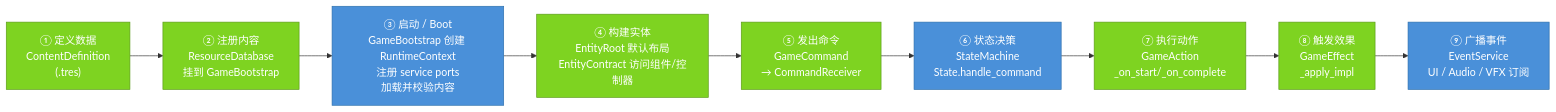
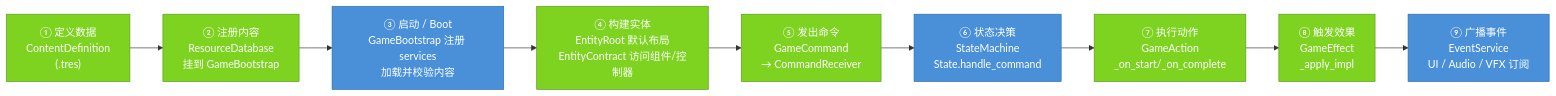
One commit to xiaofeiqiu/mkit changed the diagram in docs/cookbook/index.md. Above: the diagram before and after it, drawn with Mermaid. The commit also changed other lines of this file and 57 other files, not shown here.

````diff
--- a/docs/cookbook/index.md
+++ b/docs/cookbook/index.md
@@ -11,15 +17,15 @@
 ```mermaid
 flowchart LR
     A["① 定义数据\nContentDefinition\n(.tres)"]:::userOwned -->
     B["② 注册内容\nResourceDatabase\n挂到 GameBootstrap"]:::userOwned -->
-    C["③ 启动 / Boot\nGameBootstrap 创建 RuntimeContext\n注册 service ports\n加载并校验内容"]:::mkitCore -->
+    C["③ 启动 / Boot\nGameBootstrap 注册 services\n加载并校验内容"]:::mkitCore -->
     D["④ 构建实体\nEntityRoot 默认布局\nEntityContract 访问组件/控制器"]:::userOwned -->
     E["⑤ 发出命令\nGameCommand\n→ CommandReceiver"]:::userOwned -->
     F["⑥ 状态决策\nStateMachine\nState.handle_command"]:::mkitCore -->
     G["⑦ 执行动作\nGameAction\n_on_start/_on_complete"]:::userOwned -->
     H["⑧ 触发效果\nGameEffect\n_apply_impl"]:::userOwned -->
     I["⑨ 广播事件\nEventService\nUI / Audio / VFX 订阅"]:::mkitCore
 
     classDef mkitCore  fill:#4A90D9,color:#fff,stroke:#2C6FAC
     classDef userOwned fill:#7ED321,color:#fff,stroke:#5A9A18
 ```
````
